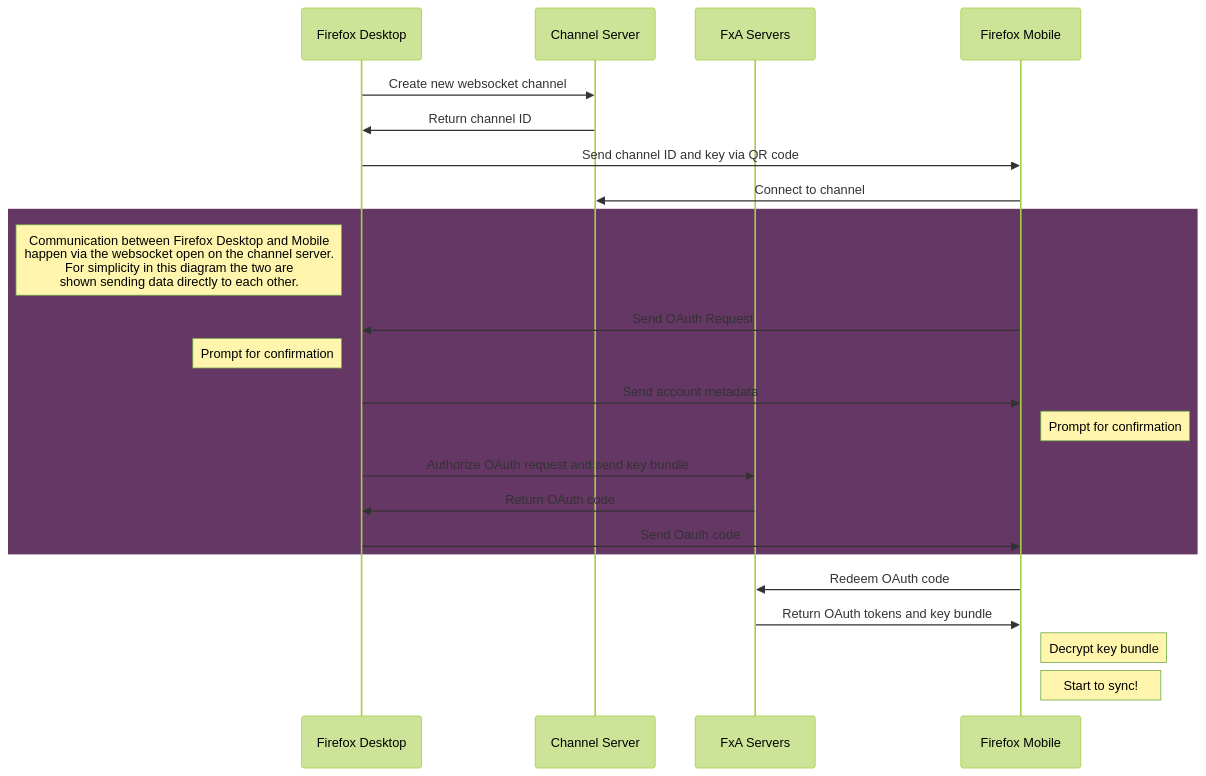
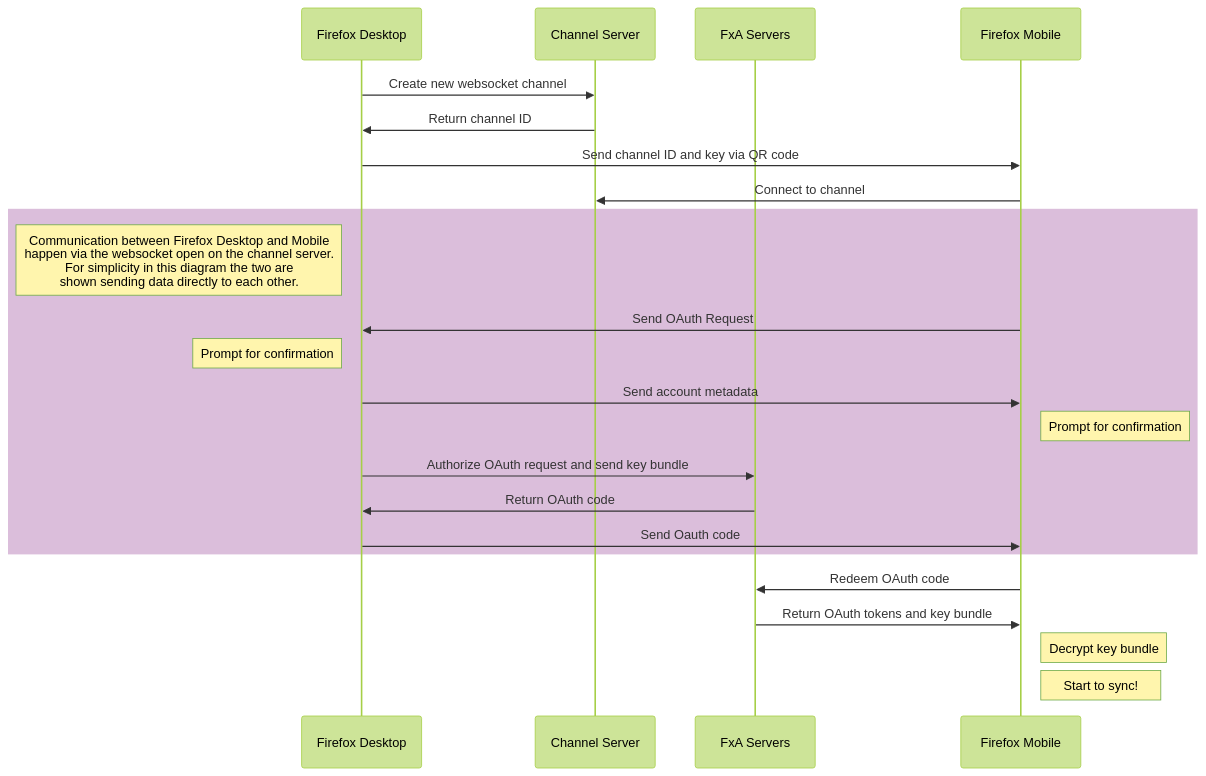
One commit to mozilla/ecosystem-platform changed the second of 3 diagrams in docs/explanation/pairing-flow-architecture.md. Above: the diagram before and after it, drawn with Mermaid (forest theme).

Commit message:
Update pairing-flow-architecture.md mermaid diagram
Changing the rect rgb fill from a dark purple (rgb(100, 55, 100)) to a lighter purple (rgb(219, 190, 219)) in order to make the black text on it readable.

````diff
--- a/docs/explanation/pairing-flow-architecture.md
+++ b/docs/explanation/pairing-flow-architecture.md
@@ -37,29 +37,29 @@
 ```mermaid
 
 sequenceDiagram
     participant Firefox Desktop
     participant Channel Server
     participant FxA Servers
     participant Firefox Mobile
 
     Firefox Desktop->>Channel Server: Create new websocket channel
     Channel Server->>Firefox Desktop: Return channel ID
     Firefox Desktop->>Firefox Mobile: Send channel ID and key via QR code
     Firefox Mobile->>Channel Server: Connect to channel
-    rect rgb(100, 55, 100)
+    rect rgb(219, 190, 219)
     note left of Firefox Desktop: Communication between Firefox Desktop and Mobile<br/> happen via the websocket open on the channel server.  <br/>For simplicity in this diagram the two are <br/>shown sending data directly to each other.
     Firefox Mobile->>Firefox Desktop: Send OAuth Request
     note left of Firefox Desktop: Prompt for confirmation
     Firefox Desktop->>Firefox Mobile: Send account metadata
     note right of Firefox Mobile: Prompt for confirmation
     Firefox Desktop->>FxA Servers: Authorize OAuth request and send key bundle
     FxA Servers->>Firefox Desktop: Return OAuth code
     Firefox Desktop->>Firefox Mobile: Send Oauth code
     end
     Firefox Mobile->>FxA Servers: Redeem OAuth code
     FxA Servers->>Firefox Mobile: Return OAuth tokens and key bundle
     note right of Firefox Mobile: Decrypt key bundle
     note right of Firefox Mobile: Start to sync!
 
 
 ```
````
